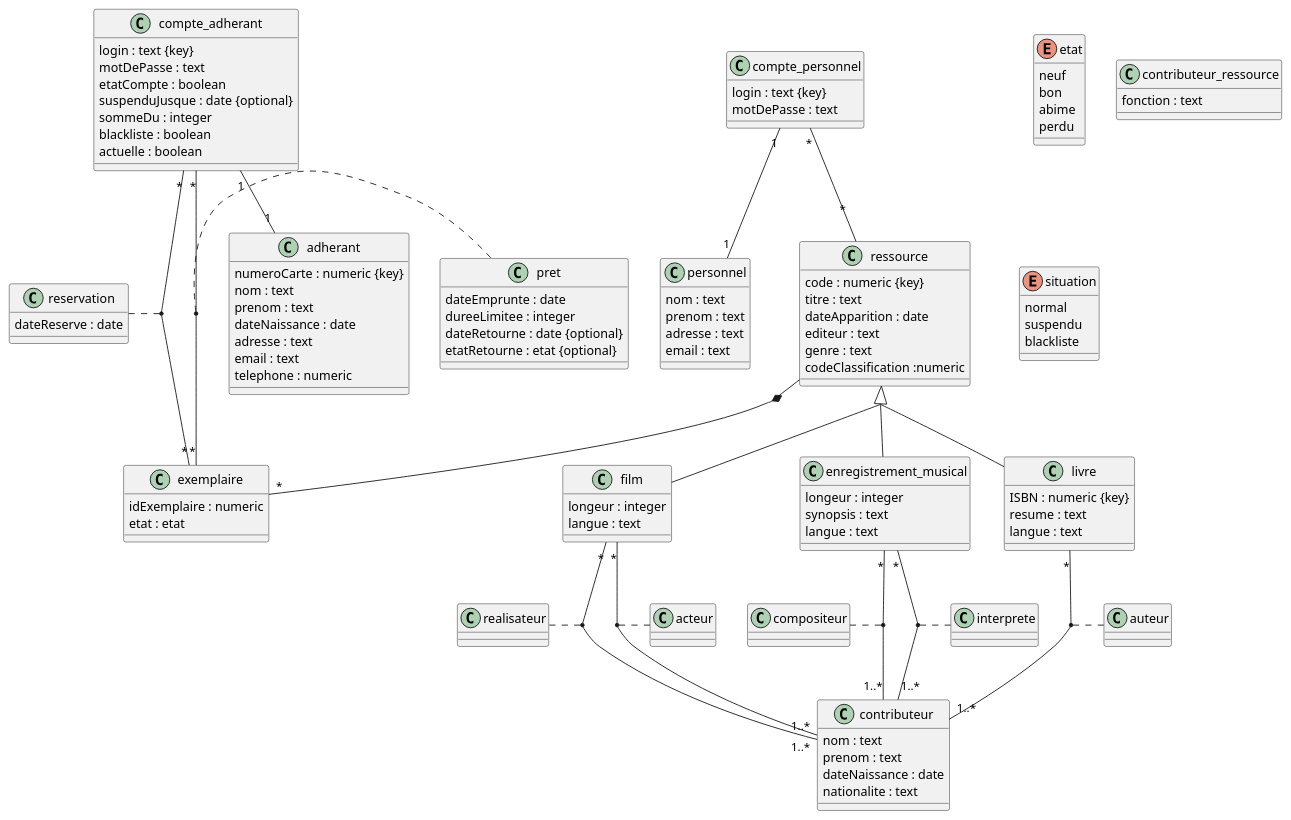
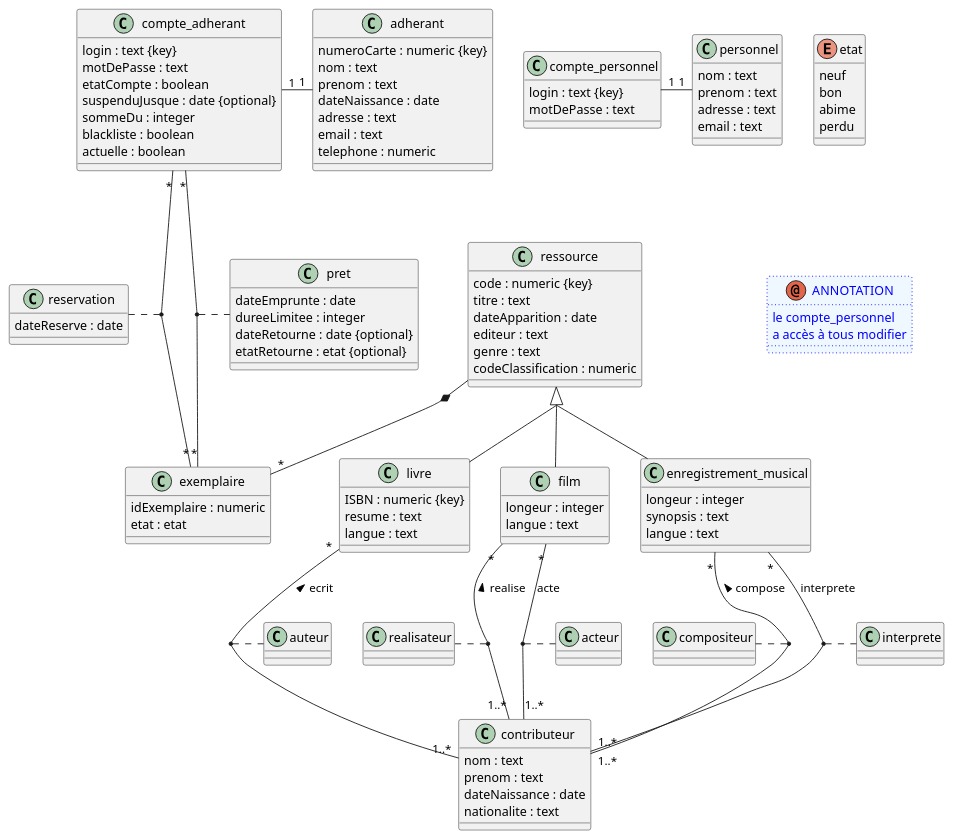
One commit to Ocean2356/Library-Management-System changed the diagram in Rendu 1/MCDv1.plantuml. Above: the diagram before and after it, drawn with PlantUML. The commit also changed 1 other file, not shown here.

Commit message:
rajouter une annotation, isoler compte_personnel, reformuler le schéma

```diff
--- a/Rendu 1/MCDv1.plantuml
+++ b/Rendu 1/MCDv1.plantuml
@@ -1,172 +1,150 @@
 @startuml MCD Biblio
-abstract class ressource
-class livre
-class film
-class enregistrement_musical
 
+annotation ANNOTATION #aliceblue;line:blue;line.dotted;text:blue 
+{
+    le compte_personnel 
+    a accès à tous modifier
+}
+etat -[hidden]- ANNOTATION
+
+class ressource
 class exemplaire
 enum etat 
-class contributeur
-class contributeur_ressource
 
 class compte_personnel
 class personnel 
 class compte_adherant
 class adherant
 
 class pret 
 class reservation
-/'
-class ajout_ressource
-class modif_ressource
-class ajout_exemplaire
-class modif_exemplaire
-'/
 
-
+together {
+class livre
+class film
+class enregistrement_musical
+}
+class auteur
+class realisateur
+class acteur
+class compositeur
+class interprete
 
 skinparam groupInheritance 2
 ressource <|-- livre
 ressource <|-- film
 ressource <|-- enregistrement_musical
 
-
-
-livre "*" -- "1..*" contributeur
+livre "*" -- "1..*" contributeur : < ecrit
 (livre, contributeur) . auteur
-enregistrement_musical "*" -- "1..*" contributeur
+enregistrement_musical "*" - "1..*" contributeur : < compose 
 (enregistrement_musical, contributeur) . compositeur
-enregistrement_musical "*" -- "1..*" contributeur
+enregistrement_musical "*" - "1..*" contributeur : < interprete 
 (enregistrement_musical, contributeur) . interprete
-film "*" -- "1..*" contributeur
+film "*" - "1..*" contributeur : < realise 
 (film, contributeur) . realisateur
-film "*" -- "1..*" contributeur
+film "*" - "1..*" contributeur : < acte 
 (film, contributeur) . acteur
-
-
-
-
 
 ressource *-- "*" exemplaire
 
-compte_personnel "1" -- "1" personnel
-compte_personnel "*" -- "*" ressource
-/'
-compte_personnel "*" -- "*" ressource
-(compte_personnel, ressource) . ajout_ressource
-compte_personnel "*" -- "*" ressource
-(compte_personnel, ressource) . modif_ressource
-compte_personnel "*" -- "*" exemplaire
-(compte_personnel, exemplaire) . ajout_exemplaire
-compte_personnel "*" -- "*" exemplaire
-(compte_personnel, exemplaire) . modif_exemplaire
-'/
-compte_adherant "1" -- "1" adherant
+compte_personnel "1" - "1" personnel
+'compte_personnel "*" -- "*" ressource
+compte_adherant "1" - "1" adherant
 compte_adherant "*" -- "*" exemplaire
 (compte_adherant, exemplaire) . reservation
 compte_adherant "*" -- "*" exemplaire
 (compte_adherant, exemplaire) . pret
 
 enum etat{
     neuf 
     bon
     abime 
     perdu
 }
 
-enum situation{
-    normal
-    suspendu
-    blackliste
-
-}
-
 class ressource{
     'Numeric manque paramètre
     code : numeric {key}
     titre : text
     dateApparition : date 
     editeur : text
     genre : text
-    codeClassification :numeric
+    codeClassification : numeric
 }
 
 class contributeur{
     nom : text
     prenom : text
     dateNaissance : date
     nationalite : text
 }
 
 class livre{
     ISBN : numeric {key}
     resume : text
     langue : text
 }
 
 class film{
     longeur : integer
     langue : text
 }
 
 class enregistrement_musical{
     longeur : integer
     synopsis : text
     langue : text
 }
 
 class exemplaire{
     idExemplaire : numeric
     etat : etat
 }
 
 class personnel{
     nom : text
     prenom : text
     adresse : text
     email : text
 }
 
 class compte_personnel{
     login : text {key}
     motDePasse : text
 }
 
-class contributeur_ressource{
-    fonction : text
-}
-
 class adherant{
     numeroCarte : numeric {key}
     nom : text
     prenom : text
     dateNaissance : date
     adresse : text
     email : text
     telephone : numeric
 }
 
 'Un héritage pour compte_adhérant?
 
 class compte_adherant{
     login : text {key}
     motDePasse : text
     etatCompte : boolean
     suspenduJusque : date {optional}
     sommeDu : integer
     blackliste : boolean
     actuelle : boolean
 }
 
 class pret{
     dateEmprunte : date
     dureeLimitee : integer
     dateRetourne : date {optional}
     etatRetourne : etat {optional}
 }
 
 class reservation{
     dateReserve : date
 }
 
 @enduml
```
